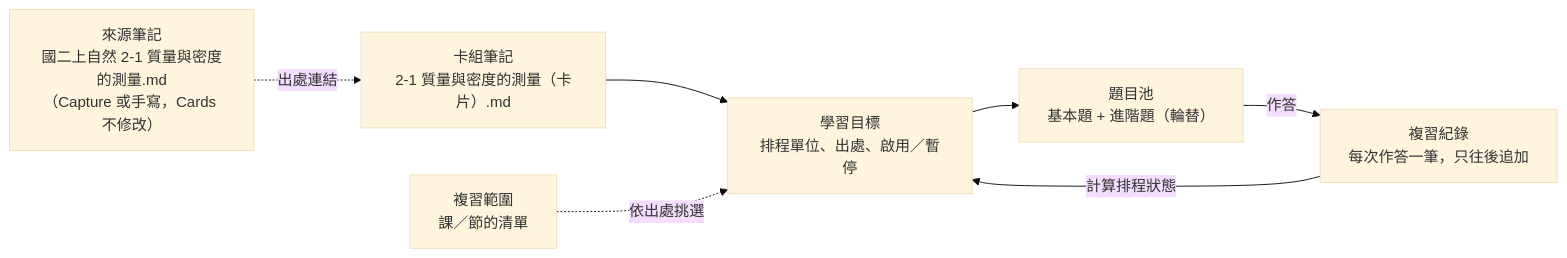
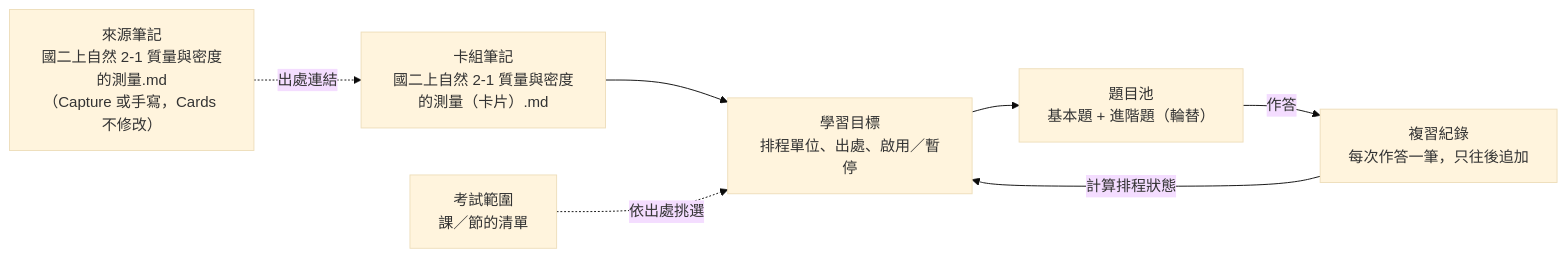
Before and after one commit to kuohappiness/Essence-Cards: the first of 2 diagrams in docs/architecture.md, drawn with Mermaid (base theme). The commit also changed other lines of this file and 13 other files, not shown here.

````diff
--- a/docs/architecture.md
+++ b/docs/architecture.md
@@ -32,14 +32,14 @@
 ```mermaid
 flowchart LR
   SRC["來源筆記<br/>國二上自然 2-1 質量與密度的測量.md<br/>（Capture 或手寫，Cards 不修改）"]
-  DECK["卡組筆記<br/>2-1 質量與密度的測量（卡片）.md"]
+  DECK["卡組筆記<br/>國二上自然 2-1 質量與密度的測量（卡片）.md"]
   LT["學習目標<br/>排程單位、出處、啟用／暫停"]
   P["題目池<br/>基本題 + 進階題（輪替）"]
   EV["複習紀錄<br/>每次作答一筆，只往後追加"]
-  SC["複習範圍<br/>課／節的清單"]
+  SC["考試範圍<br/>課／節的清單"]
   SRC -.->|出處連結| DECK
   DECK --> LT --> P
   P -->|作答| EV
   EV -->|計算排程狀態| LT
   SC -.->|依出處挑選| LT
 ```
````
